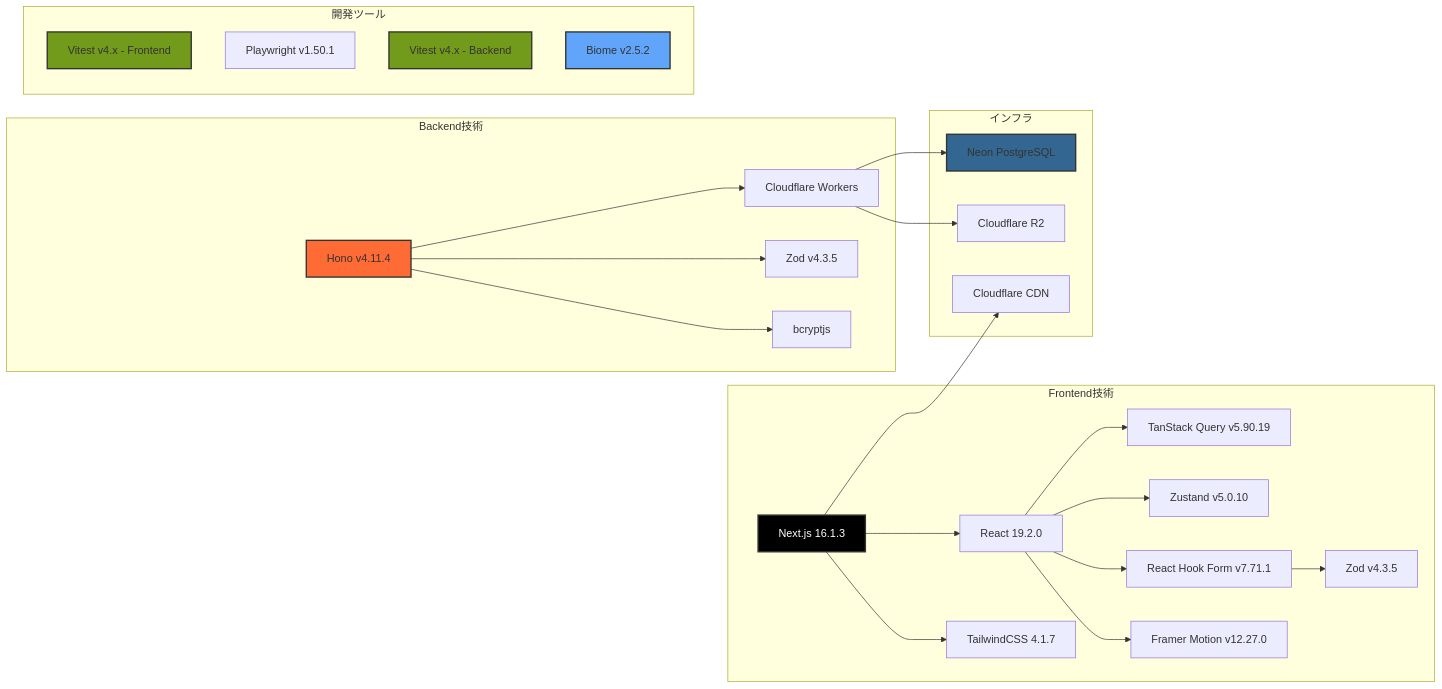
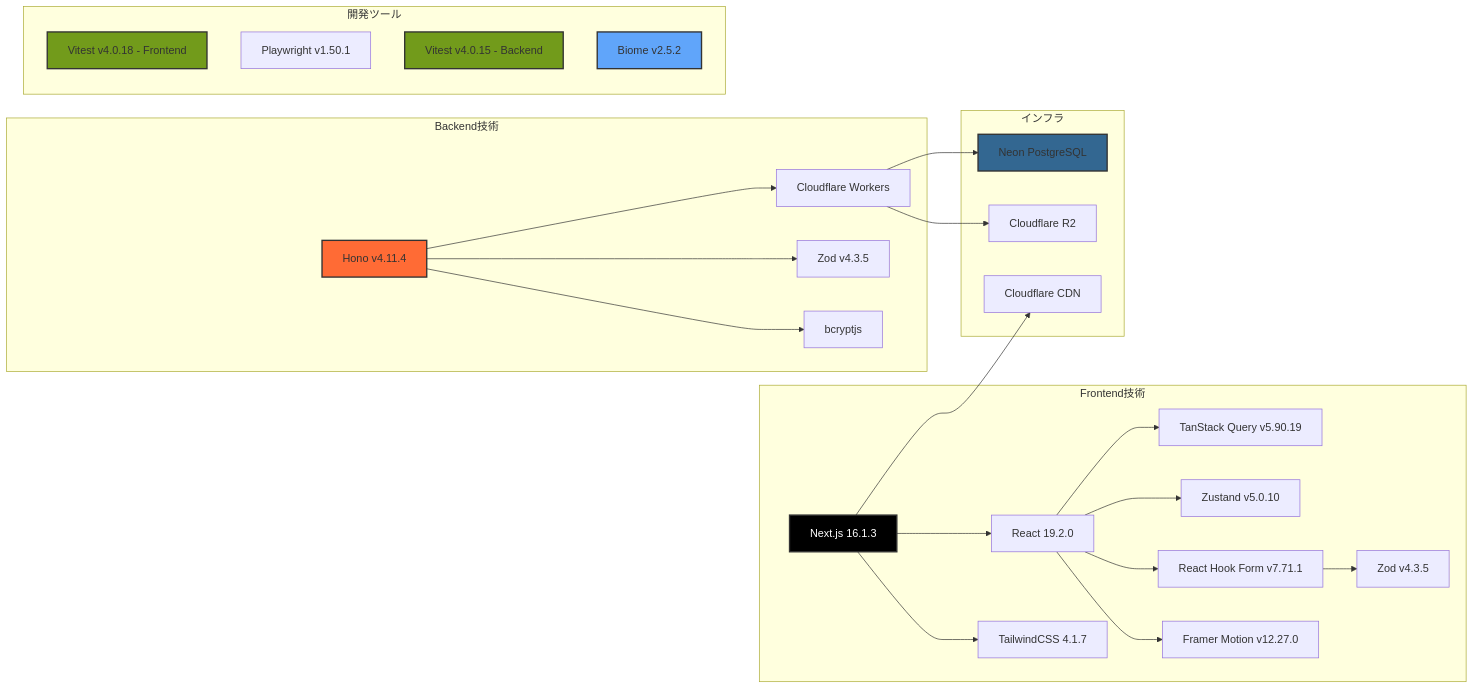
Before and after one commit to ProjectEuropa/Europa: the fourth of 4 diagrams in README.md, drawn with Mermaid. The commit also changed 3 other files, not shown here.

````diff
--- a/README.md
+++ b/README.md
@@ -163,56 +163,56 @@
 ```mermaid
 graph LR
     subgraph "Frontend技術"
         NextJS[Next.js 16.1.3]
         React[React 19.2.0]
         TailwindCSS[TailwindCSS 4.1.7]
         TanStack[TanStack Query v5.90.19]
         Zustand[Zustand v5.0.10]
         RHF[React Hook Form v7.71.1]
         ZodFE[Zod v4.3.5]
         Framer[Framer Motion v12.27.0]
     end
 
     subgraph "Backend技術"
         Hono[Hono v4.11.4]
         Workers[Cloudflare Workers]
         Zod[Zod v4.3.5]
         Bcrypt[bcryptjs]
     end
 
     subgraph "インフラ"
         Neon[Neon PostgreSQL]
         R2[Cloudflare R2]
         CF[Cloudflare CDN]
     end
 
     subgraph "開発ツール"
-        VitestFE[Vitest v4.x - Frontend]
+        VitestFE[Vitest v4.0.18 - Frontend]
         PlaywrightFE[Playwright v1.50.1]
-        VitestBE[Vitest v4.x - Backend]
+        VitestBE[Vitest v4.0.15 - Backend]
         Biome[Biome v2.5.2]
     end
 
     NextJS --> React
     NextJS --> TailwindCSS
     React --> TanStack
     React --> Zustand
     React --> RHF
     RHF --> ZodFE
     React --> Framer
 
     Hono --> Workers
     Hono --> Zod
     Hono --> Bcrypt
 
     Workers --> Neon
     Workers --> R2
     NextJS --> CF
 
     style NextJS fill:#000,color:#fff,stroke:#333,stroke-width:2px
     style Hono fill:#ff6b35,stroke:#333,stroke-width:2px
     style Neon fill:#336791,stroke:#333,stroke-width:2px
     style VitestFE fill:#729b1b,stroke:#333,stroke-width:2px
     style VitestBE fill:#729b1b,stroke:#333,stroke-width:2px
     style Biome fill:#60a5fa,stroke:#333,stroke-width:2px
 ```
````
